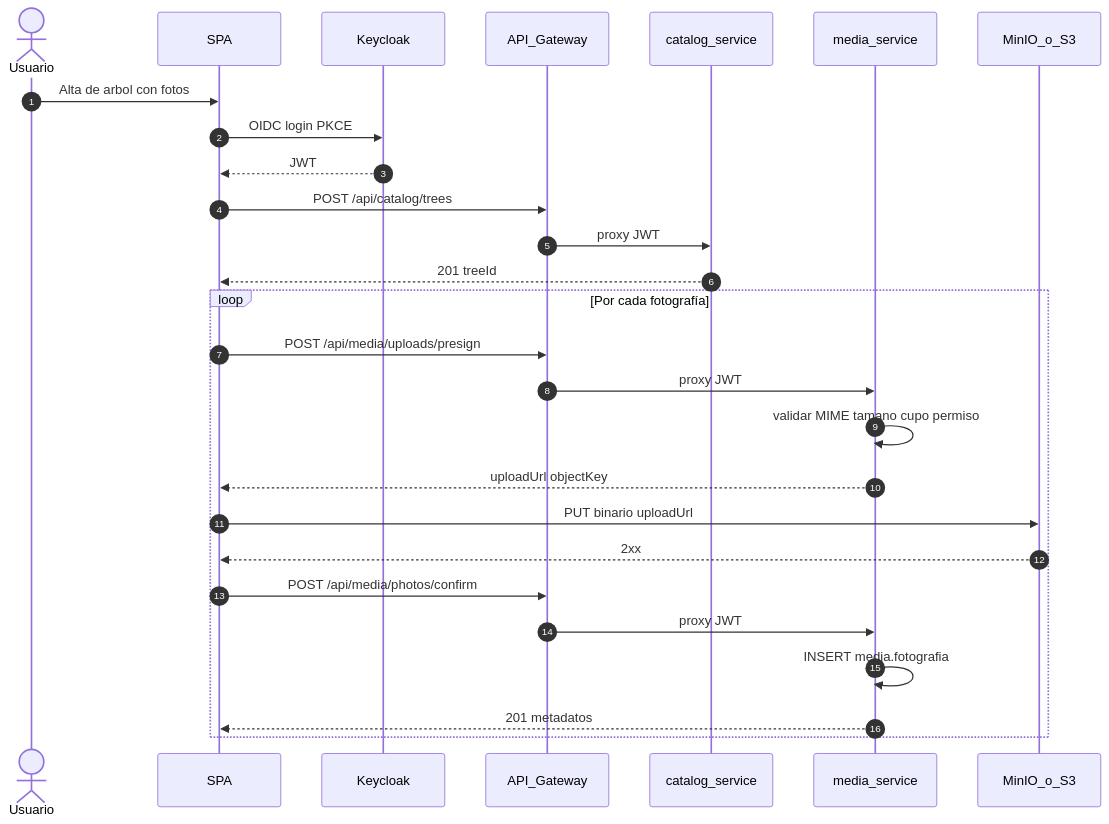
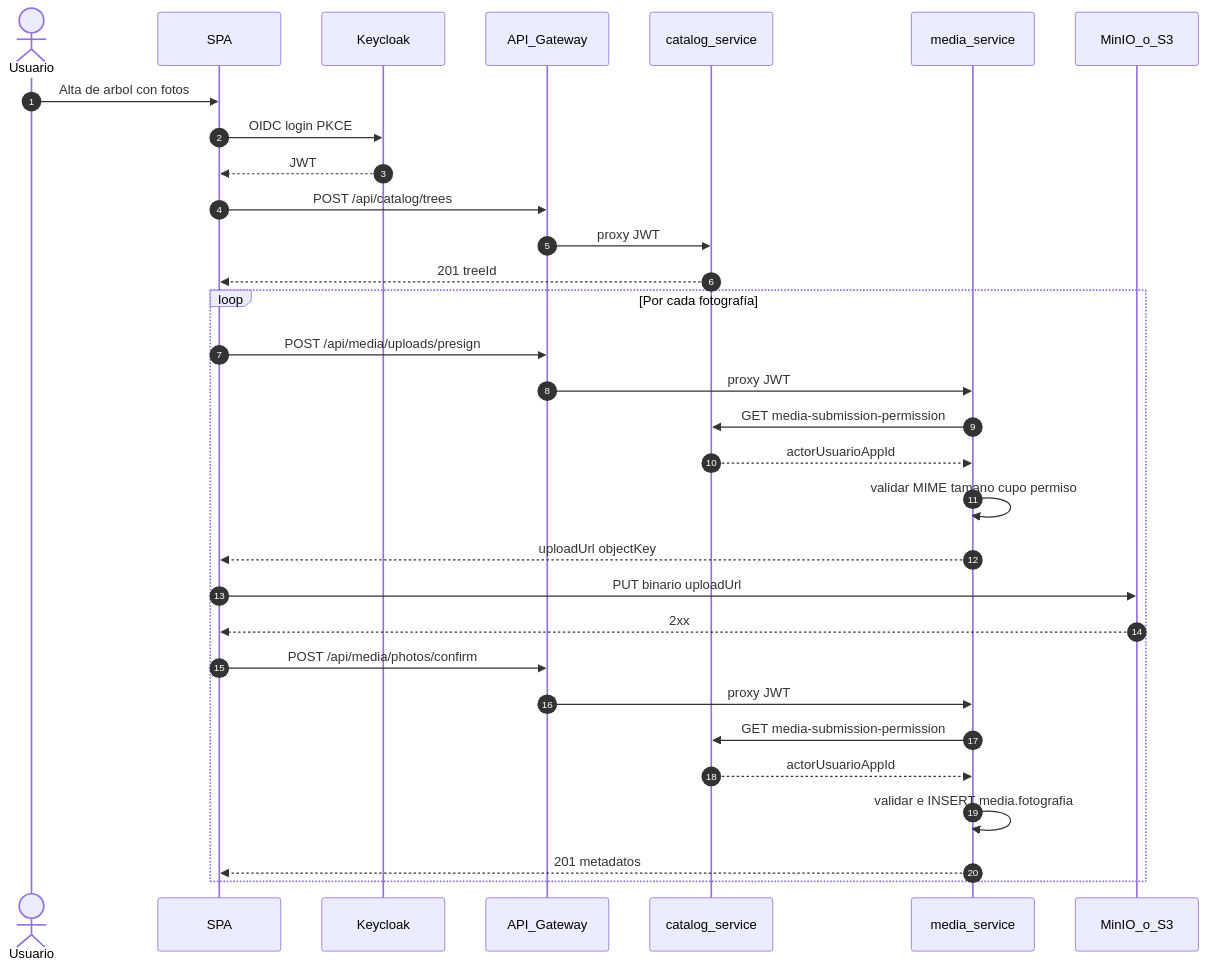
Before and after one commit to ldefrutos1/AI4Devs-finalproject: diagram 11 of 19 in readme.md, drawn with Mermaid. The commit also changed other lines of this file and 5 other files, not shown here.

````diff
--- a/readme.md
+++ b/readme.md
@@ -723,34 +730,38 @@
 ```mermaid
 sequenceDiagram
   autonumber
   actor U as Usuario
   participant SPA as SPA
   participant KC as Keycloak
   participant GW as API_Gateway
   participant CAT as catalog_service
   participant MS as media_service
   participant OBJ as MinIO_o_S3
 
   U->>SPA: Alta de arbol con fotos
   SPA->>KC: OIDC login PKCE
   KC-->>SPA: JWT
 
   SPA->>GW: POST /api/catalog/trees
   GW->>CAT: proxy JWT
   CAT-->>SPA: 201 treeId
 
   loop Por cada fotografía
     SPA->>GW: POST /api/media/uploads/presign
     GW->>MS: proxy JWT
+    MS->>CAT: GET media-submission-permission
+    CAT-->>MS: actorUsuarioAppId
     MS->>MS: validar MIME tamano cupo permiso
     MS-->>SPA: uploadUrl objectKey
 
     SPA->>OBJ: PUT binario uploadUrl
     OBJ-->>SPA: 2xx
 
     SPA->>GW: POST /api/media/photos/confirm
     GW->>MS: proxy JWT
-    MS->>MS: INSERT media.fotografia
+    MS->>CAT: GET media-submission-permission
+    CAT-->>MS: actorUsuarioAppId
+    MS->>MS: validar e INSERT media.fotografia
     MS-->>SPA: 201 metadatos
   end
 ```
````
